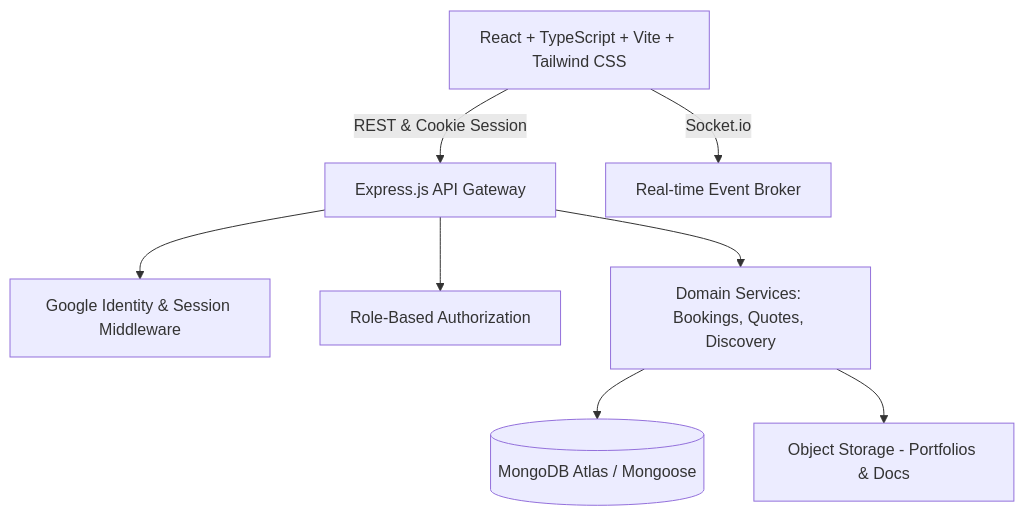
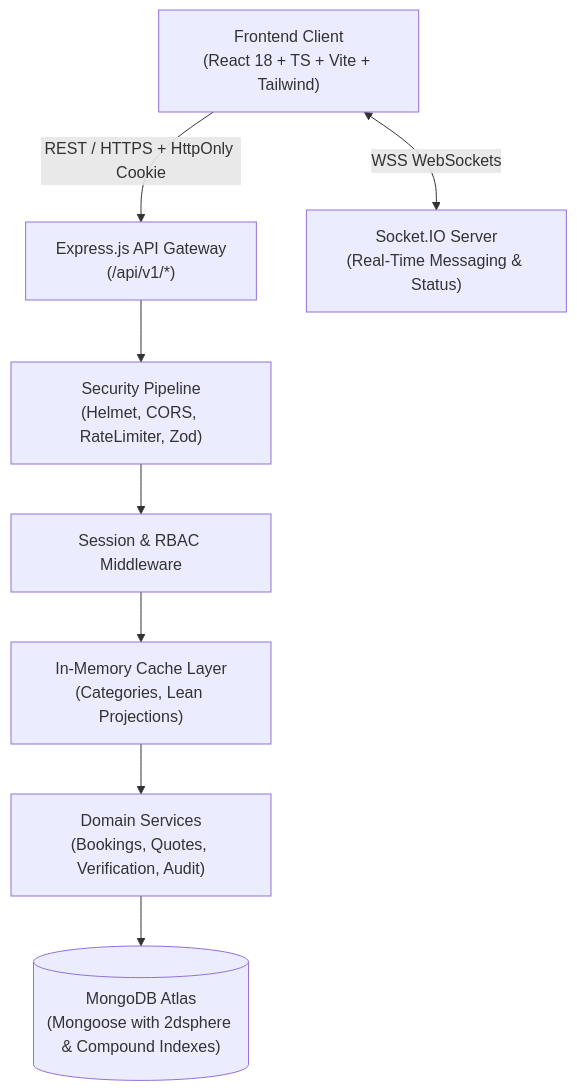
Before and after one commit to petersisay/lehulu: the first of 2 diagrams in README.md, drawn with Mermaid. The commit also changed other lines of this file and 6 other files, not shown here.

````diff
--- a/README.md
+++ b/README.md
@@ -34,10 +42,10 @@
 ```mermaid
-graph TD
-    Client[React + TypeScript + Vite + Tailwind CSS] -->|REST & Cookie Session| Gateway[Express.js API Gateway]
-    Client -->|Socket.io| WSServer[Real-time Event Broker]
-    Gateway --> Auth[Google Identity & Session Middleware]
-    Gateway --> RBAC[Role-Based Authorization]
-    Gateway --> Services[Domain Services: Bookings, Quotes, Discovery]
-    Services --> DB[(MongoDB Atlas / Mongoose)]
-    Services --> Storage[Object Storage - Portfolios & Docs]
+flowchart TD
+    Client["Frontend Client\n(React 18 + TS + Vite + Tailwind)"] -->|REST / HTTPS + HttpOnly Cookie| Gateway["Express.js API Gateway\n(/api/v1/*)"]
+    Client <-->|WSS WebSockets| SocketServer["Socket.IO Server\n(Real-Time Messaging & Status)"]
+    Gateway --> Security["Security Pipeline\n(Helmet, CORS, RateLimiter, Zod)"]
+    Security --> AuthMW["Session & RBAC Middleware"]
+    AuthMW --> Cache["In-Memory Cache Layer\n(Categories, Lean Projections)"]
+    Cache --> Services["Domain Services\n(Bookings, Quotes, Verification, Audit)"]
+    Services --> DB[("MongoDB Atlas\n(Mongoose with 2dsphere & Compound Indexes)")]
 ```
````
